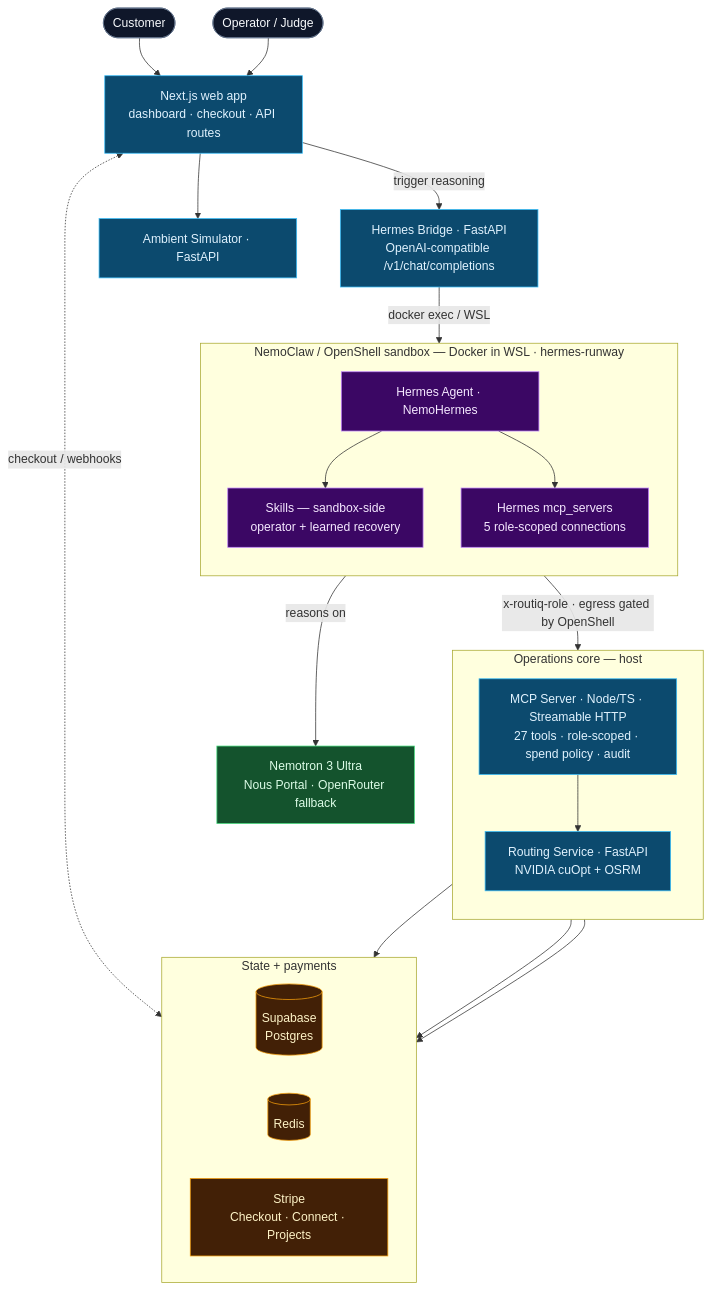
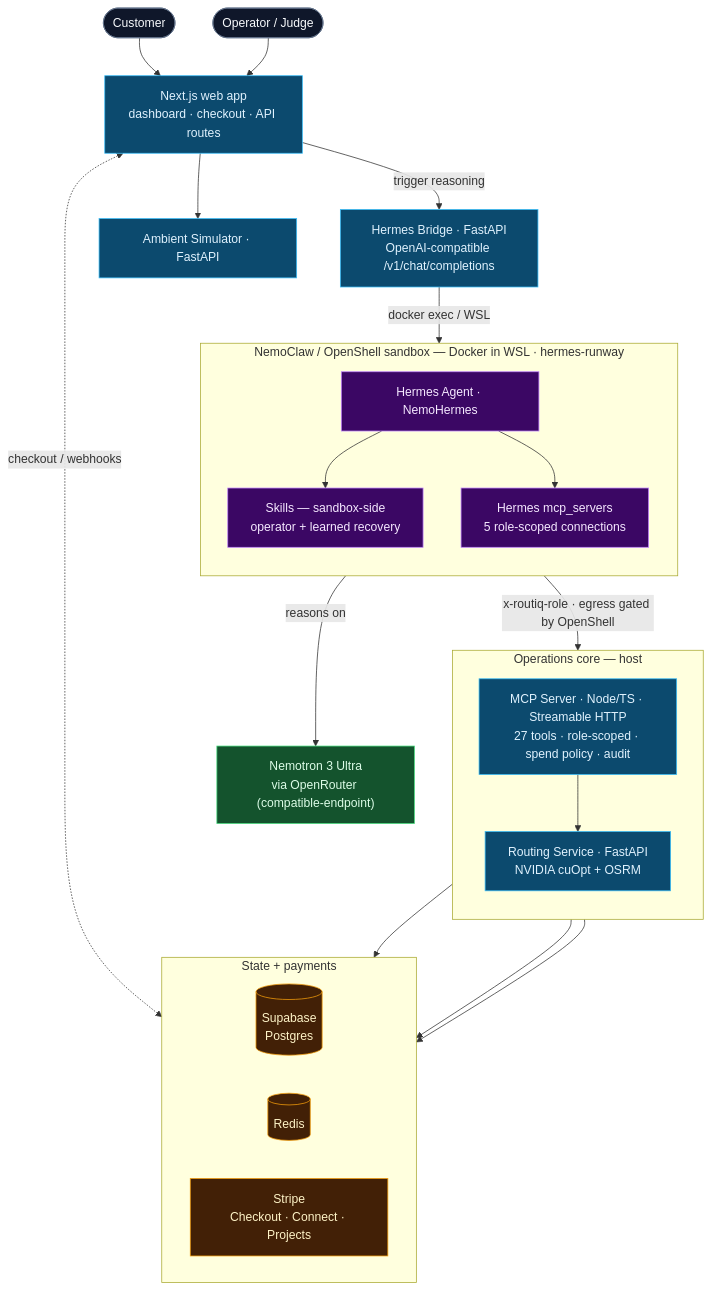
Before and after one commit to Snehal707/HermesRoutiq: the diagram in README.md, drawn with Mermaid. The commit also changed 2 other files, not shown here.

Commit message:
docs: correct Nemotron 3 Ultra provider to OpenRouter (compatible-endpoint)
Reflect verified live NemoClaw wiring: Nemotron 3 Ultra is served via OpenRouter's OpenAI-compatible endpoint (compatible-endpoint), not Nous Portal. Update architecture diagrams and .env.example (full model slug nvidia/nemotron-3-ultra-550b-a55b, drop misleading Nous Portal primary).

````diff
--- a/README.md
+++ b/README.md
@@ -73,58 +73,58 @@
 ```mermaid
 flowchart TD
   customer(["Customer"])
   operator(["Operator / Judge"])
 
   web["Next.js web app<br/>dashboard · checkout · API routes"]
   bridge["Hermes Bridge · FastAPI<br/>OpenAI-compatible /v1/chat/completions"]
   sim["Ambient Simulator · FastAPI"]
 
   subgraph sandbox["NemoClaw / OpenShell sandbox — Docker in WSL · hermes-runway"]
     direction TB
     hermes["Hermes Agent · NemoHermes"]
     skills["Skills — sandbox-side<br/>operator + learned recovery"]
     mcpcfg["Hermes mcp_servers<br/>5 role-scoped connections"]
     hermes --> skills
     hermes --> mcpcfg
   end
 
-  nemotron["Nemotron 3 Ultra<br/>Nous Portal · OpenRouter fallback"]
+  nemotron["Nemotron 3 Ultra<br/>via OpenRouter (compatible-endpoint)"]
 
   subgraph core["Operations core — host"]
     direction TB
     mcp["MCP Server · Node/TS · Streamable HTTP<br/>27 tools · role-scoped · spend policy · audit"]
     routing["Routing Service · FastAPI<br/>NVIDIA cuOpt + OSRM"]
     mcp --> routing
   end
 
   subgraph data["State + payments"]
     direction LR
     pg[("Supabase<br/>Postgres")]
     redis[("Redis")]
     stripe["Stripe<br/>Checkout · Connect · Projects"]
   end
 
   customer --> web
   operator --> web
   web --> sim
   web -->|trigger reasoning| bridge
   bridge -->|docker exec / WSL| hermes
   hermes -->|reasons on| nemotron
   mcpcfg -->|"x-routiq-role · egress gated by OpenShell"| mcp
   web <-. "checkout / webhooks" .-> stripe
   mcp --> pg
   mcp --> redis
   mcp --> stripe
 
   classDef user fill:#0f172a,stroke:#64748b,color:#f8fafc;
   classDef app fill:#0c4a6e,stroke:#38bdf8,color:#e0f2fe;
   classDef agent fill:#3b0764,stroke:#c084fc,color:#f5e8ff;
   classDef model fill:#14532d,stroke:#4ade80,color:#dcfce7;
   classDef store fill:#422006,stroke:#f59e0b,color:#fef3c7;
 
   class customer,operator user;
   class web,bridge,sim,mcp,routing app;
   class hermes,skills,mcpcfg agent;
   class nemotron model;
   class pg,redis,stripe store;
 ```
````
